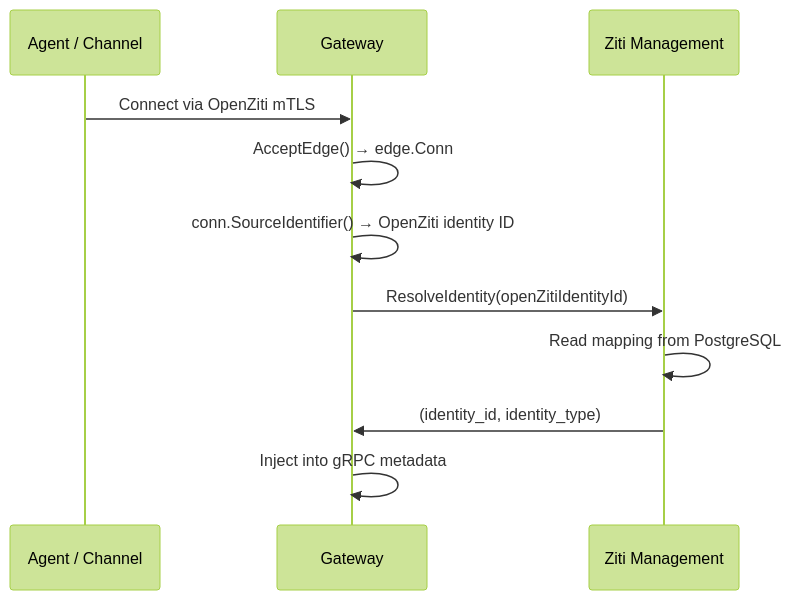
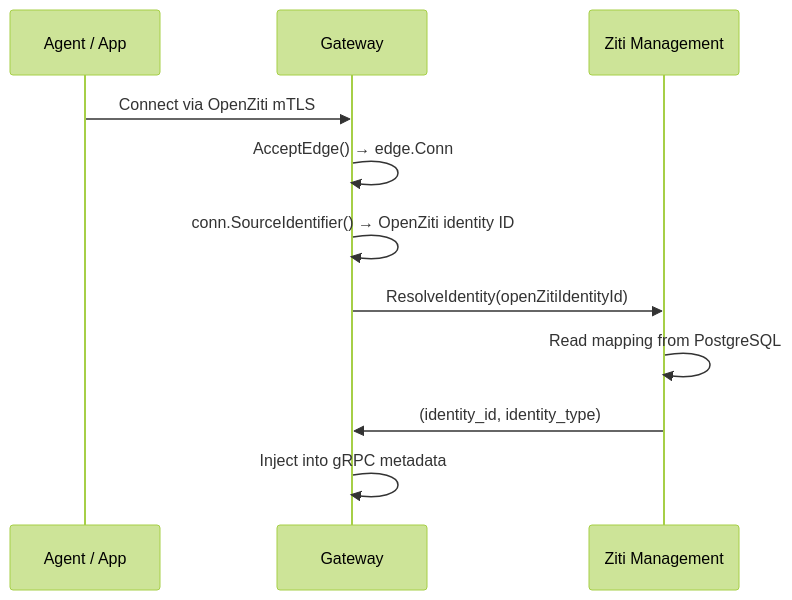
The third of 5 diagrams in architecture/openziti.md (agynio/architecture), drawn with Mermaid (forest theme) before and after one commit. The commit also changed other lines of this file and 19 other files, not shown here.

````diff
--- a/architecture/openziti.md
+++ b/architecture/openziti.md
@@ -266,14 +272,14 @@
 ```mermaid
 sequenceDiagram
-    participant A as Agent / Channel
+    participant A as Agent / App
     participant GW as Gateway
     participant ZM as Ziti Management
 
     A->>GW: Connect via OpenZiti mTLS
     GW->>GW: AcceptEdge() → edge.Conn
     GW->>GW: conn.SourceIdentifier() → OpenZiti identity ID
     GW->>ZM: ResolveIdentity(openZitiIdentityId)
     ZM->>ZM: Read mapping from PostgreSQL
     ZM->>GW: (identity_id, identity_type)
     GW->>GW: Inject into gRPC metadata
 ```
````
